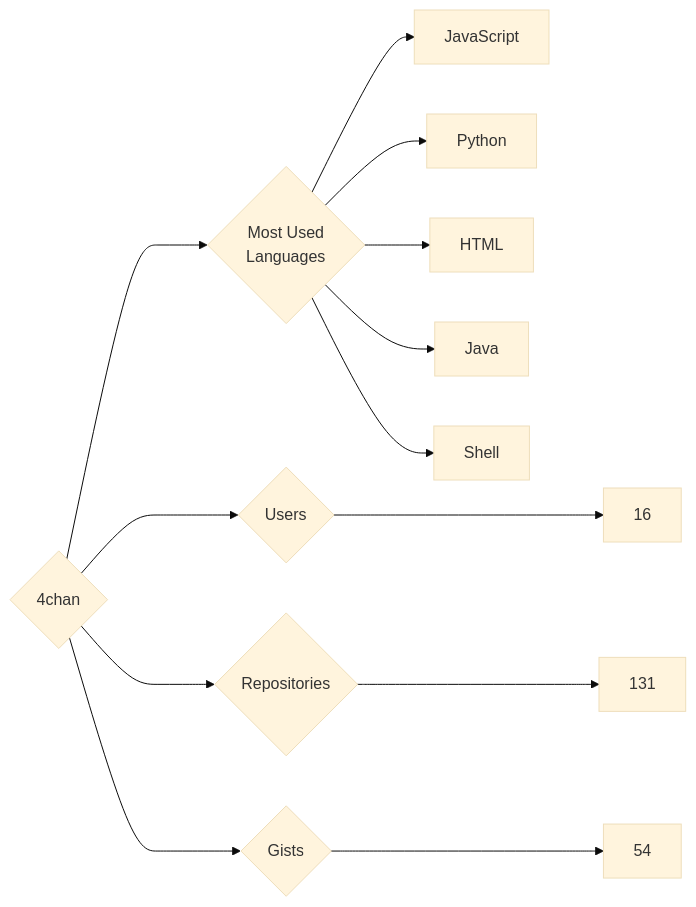
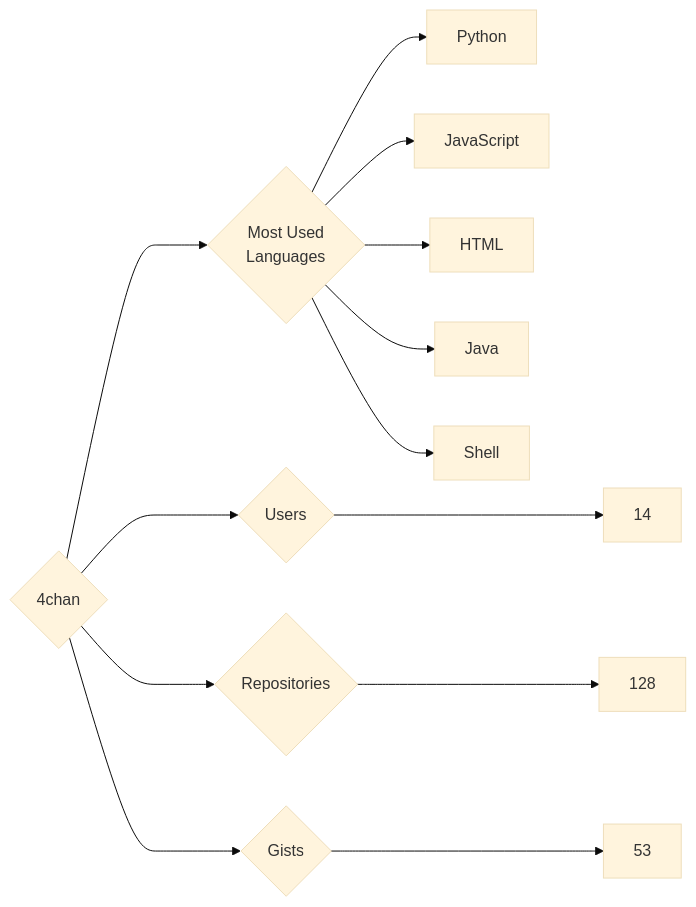
The diagram in targets/4chan/README.md (nenadzaric/insiders), drawn with Mermaid (base theme) before and after one commit. The commit also changed 33 other files, not shown here.

````diff
--- a/targets/4chan/README.md
+++ b/targets/4chan/README.md
@@ -3,13 +3,13 @@
 ```mermaid
 graph LR
 COMPANY_NAME{4chan}
-COMPANY_NAME ---> U{Users} ---> UN[16]
-COMPANY_NAME ---> R{Repositories} ---> RN[131]
-COMPANY_NAME ---> G{Gists} ---> GN[54]
+COMPANY_NAME ---> U{Users} ---> UN[14]
+COMPANY_NAME ---> R{Repositories} ---> RN[128]
+COMPANY_NAME ---> G{Gists} ---> GN[53]
 COMPANY_NAME ---> ML{Most Used<br>Languages}
+ML --> Python[Python]
 ML --> JavaScript[JavaScript]
-ML --> Python[Python]
 ML --> HTML[HTML]
 ML --> Java[Java]
 ML --> Shell[Shell]
 ```
````
